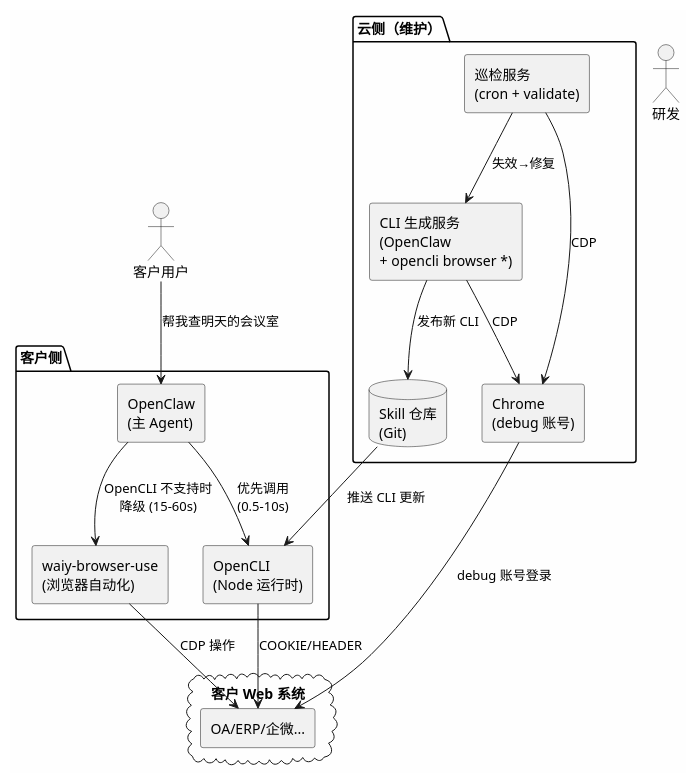
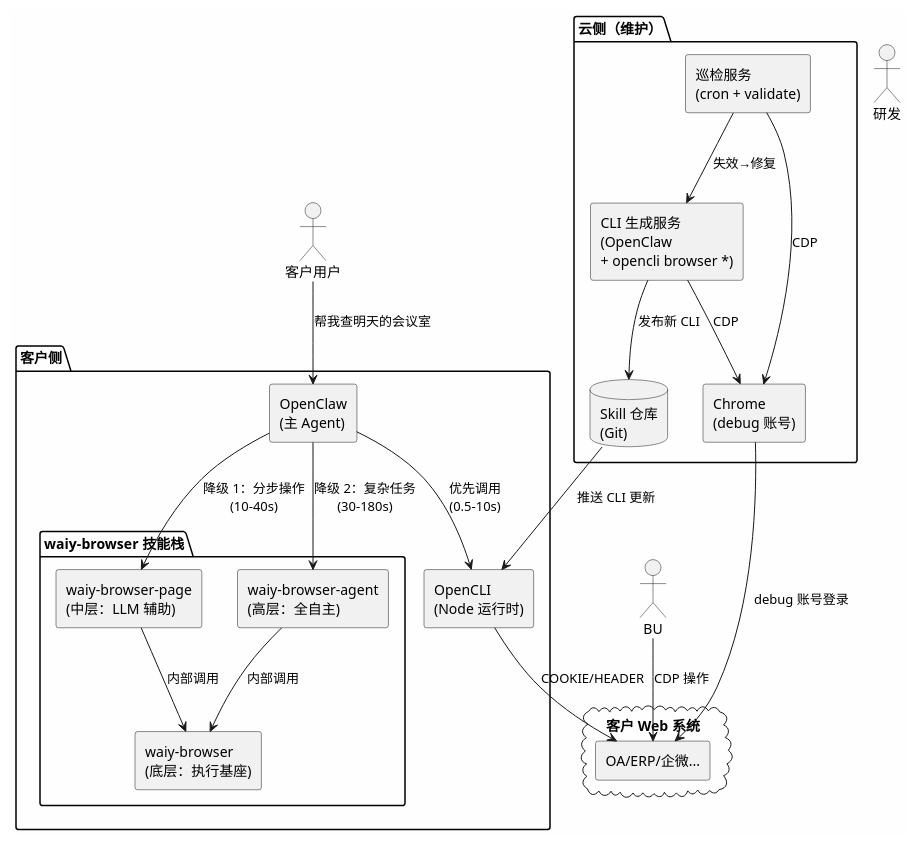
The second of 4 diagrams in doc/office-automation-architecture.md (shadow-cyan/OpenCLI), drawn with PlantUML before and after one commit. The commit also changed other lines of this file, not shown here.

First line of the commit message:
docs(architecture): integrate waiy-browser three-tier skill architecture

````diff
--- a/doc/office-automation-architecture.md
+++ b/doc/office-automation-architecture.md
@@ -227,41 +305,50 @@
 ```plantuml
 @startuml
 skinparam componentStyle rectangle
 skinparam backgroundColor #FEFEFE
 
 actor "客户用户" as User
 actor "研发" as Dev
 
 package "客户侧" {
   [OpenClaw\n(主 Agent)] as CC
   [OpenCLI\n(Node 运行时)] as OC
-  [waiy-browser-use\n(浏览器自动化)] as BU
+
+  package "waiy-browser 技能栈" {
+    [waiy-browser-page\n(中层：LLM 辅助)] as BP
+    [waiy-browser-agent\n(高层：全自主)] as BA
+    [waiy-browser\n(底层：执行基座)] as BW
+
+    BP --> BW : 内部调用
+    BA --> BW : 内部调用
+  }
 
   CC --> OC : 优先调用\n(0.5-10s)
-  CC --> BU : OpenCLI 不支持时\n降级 (15-60s)
+  CC --> BP : 降级 1：分步操作\n(10-40s)
+  CC --> BA : 降级 2：复杂任务\n(30-180s)
 }
 
 package "云侧（维护）" {
   [CLI 生成服务\n(OpenClaw\n+ opencli browser *)] as Factory
   [巡检服务\n(cron + validate)] as Patrol
   database "Skill 仓库\n(Git)" as Repo
   [Chrome\n(debug 账号)] as Chrome
 
   Factory --> Chrome : CDP
   Patrol --> Chrome : CDP
   Factory --> Repo : 发布新 CLI
   Patrol --> Factory : 失效→修复
 }
 
 cloud "客户 Web 系统" {
   [OA/ERP/企微...] as WebSys
 }
 
 User --> CC : "帮我查明天的会议室"
 Repo --> OC : 推送 CLI 更新
 OC --> WebSys : COOKIE/HEADER
 BU --> WebSys : CDP 操作
 Chrome --> WebSys : debug 账号登录
 
 @enduml
 ```
````
